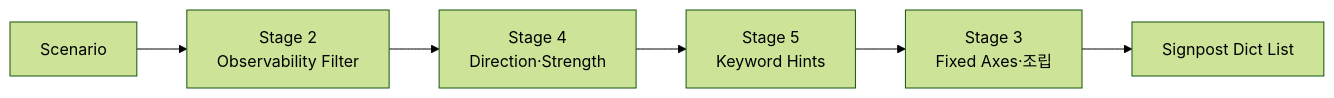
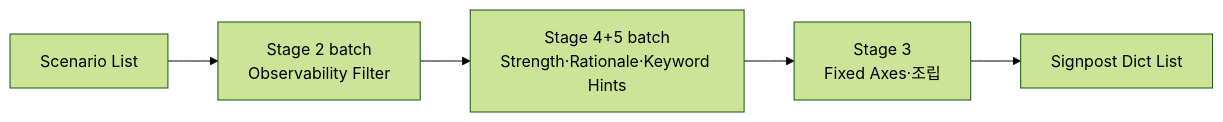
Before and after one commit to enkhbaatarL/skmip-mi-agent: the sixth of 8 diagrams in docs/architectures/scenario_group_agent_flow_pipeline.md, drawn with Mermaid (forest theme). The commit also changed other lines of this file and 1 other file, not shown here.

Commit message:
llm batch 호출

````diff
--- a/docs/architectures/scenario_group_agent_flow_pipeline.md
+++ b/docs/architectures/scenario_group_agent_flow_pipeline.md
@@ -340,8 +348,7 @@
 ```mermaid
 flowchart LR
-    A[Scenario] --> B[Stage 2<br/>Observability Filter]
-    B --> C[Stage 4<br/>Direction·Strength]
-    C --> D[Stage 5<br/>Keyword Hints]
-    D --> E[Stage 3<br/>Fixed Axes·조립]
-    E --> F[Signpost Dict List]
+    A[Scenario List] --> B[Stage 2 batch<br/>Observability Filter]
+    B --> C[Stage 4+5 batch<br/>Strength·Rationale·Keyword Hints]
+    C --> D[Stage 3<br/>Fixed Axes·조립]
+    D --> E[Signpost Dict List]
 ```
````
